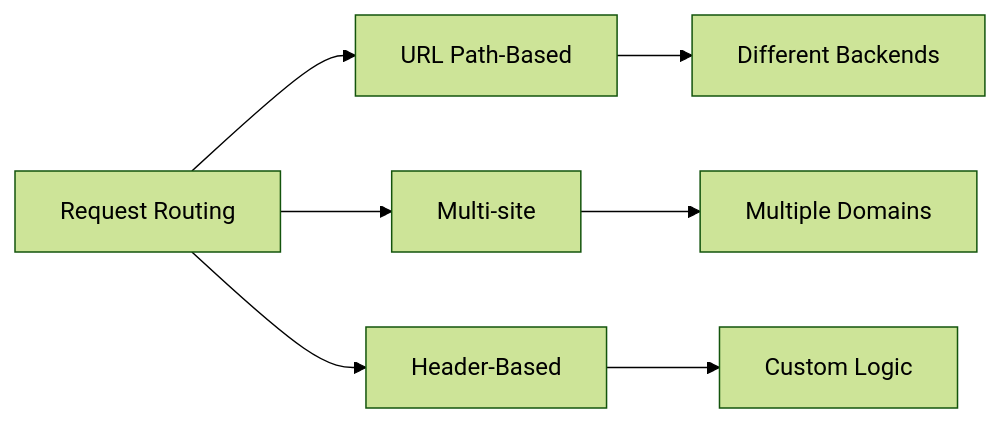
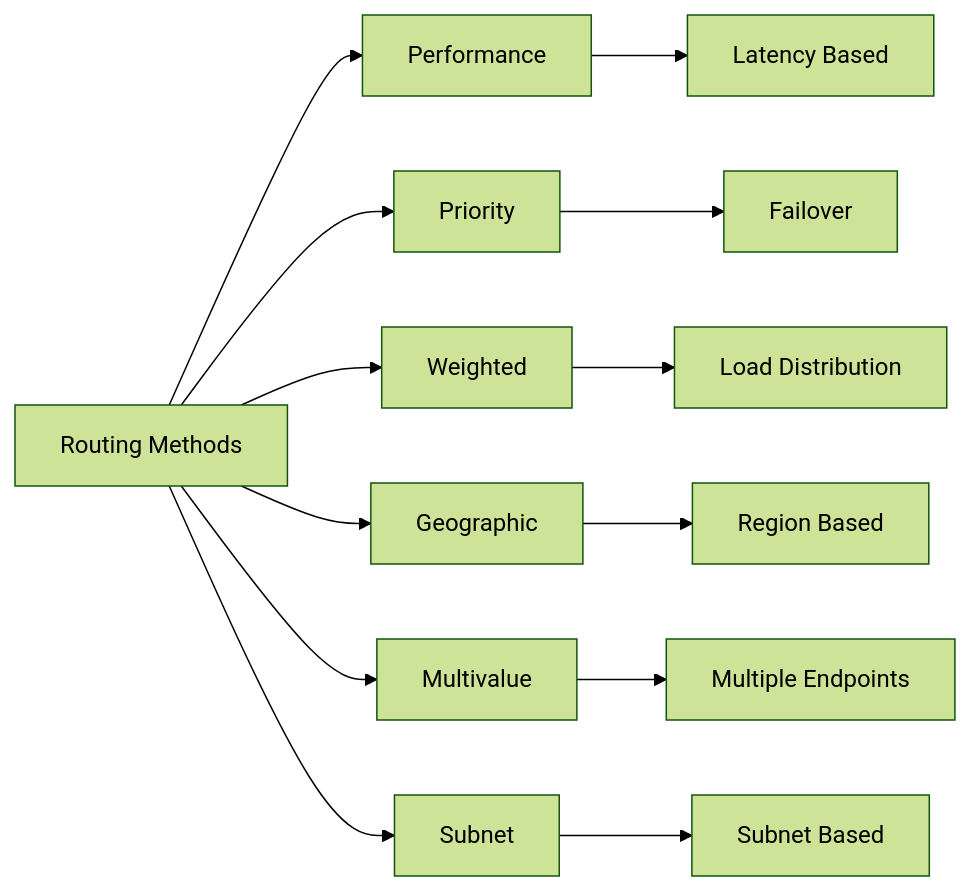
The fourth of 18 diagrams in src/azure/az-104/Load_Balancing.md (saravanakumarrc/Architecture_Journey), drawn with Mermaid (forest theme) before and after one commit. The commit also changed other lines of this file and 6 other files, not shown here.

````diff
--- a/src/azure/az-104/Load_Balancing.md
+++ b/src/azure/az-104/Load_Balancing.md
@@ -85,10 +77,16 @@
 ```mermaid
 graph LR
-    A[Request Routing] --> B[URL Path-Based]
-    A --> C[Multi-site]
-    A --> D[Header-Based]
+    A[Routing Methods] --> B[Performance]
+    A --> C[Priority]
+    A --> D[Weighted]
+    A --> E[Geographic]
+    A --> F[Multivalue]
+    A --> G[Subnet]
     
-    B --> E[Different Backends]
-    C --> F[Multiple Domains]
-    D --> G[Custom Logic]
+    B --> B1[Latency Based]
+    C --> C1[Failover]
+    D --> D1[Load Distribution]
+    E --> E1[Region Based]
+    F --> F1[Multiple Endpoints]
+    G --> G1[Subnet Based]
 ```
````
